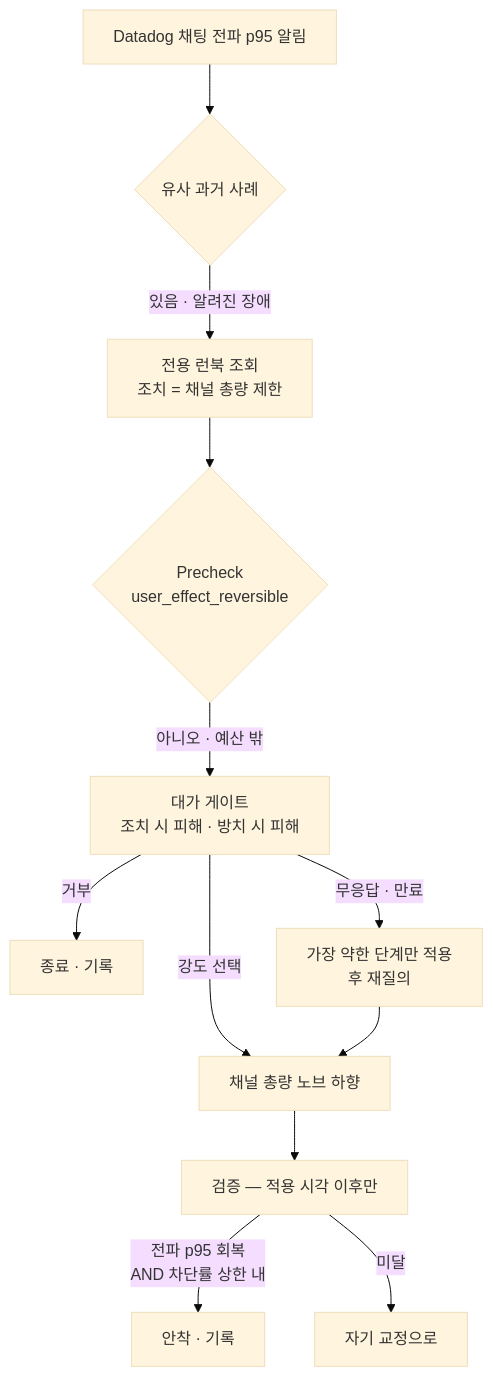
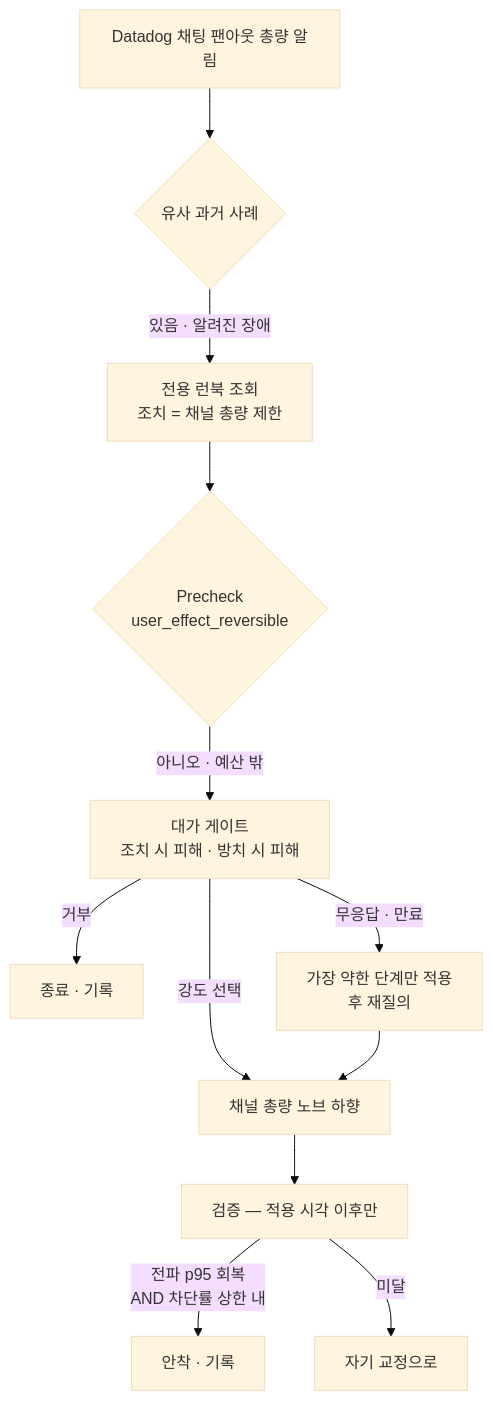
Before and after one commit to CJ-Only-One/O2-live-ai-ops: the second of 4 diagrams in docs/scenario-experiment.md, drawn with Mermaid (base theme). The commit also changed other lines of this file and 1 other file, not shown here.

````diff
--- a/docs/scenario-experiment.md
+++ b/docs/scenario-experiment.md
@@ -211,14 +215,14 @@
 ```mermaid
 flowchart TB
-    A["Datadog 채팅 전파 p95 알림"] --> B{"유사 과거 사례"}
+    A["Datadog 채팅 팬아웃 총량 알림"] --> B{"유사 과거 사례"}
     B -->|"있음 · 알려진 장애"| C["전용 런북 조회<br/>조치 = 채널 총량 제한"]
     C --> D{"Precheck<br/>user_effect_reversible"}
     D -->|"아니오 · 예산 밖"| E["대가 게이트<br/>조치 시 피해 · 방치 시 피해"]
     E -->|"강도 선택"| F["채널 총량 노브 하향"]
     E -->|"거부"| X["종료 · 기록"]
     E -->|"무응답 · 만료"| G["가장 약한 단계만 적용<br/>후 재질의"]
     G --> F
     F --> H["검증 — 적용 시각 이후만"]
     H -->|"전파 p95 회복<br/>AND 차단률 상한 내"| I["안착 · 기록"]
     H -->|"미달"| J["자기 교정으로"]
 ```
````
